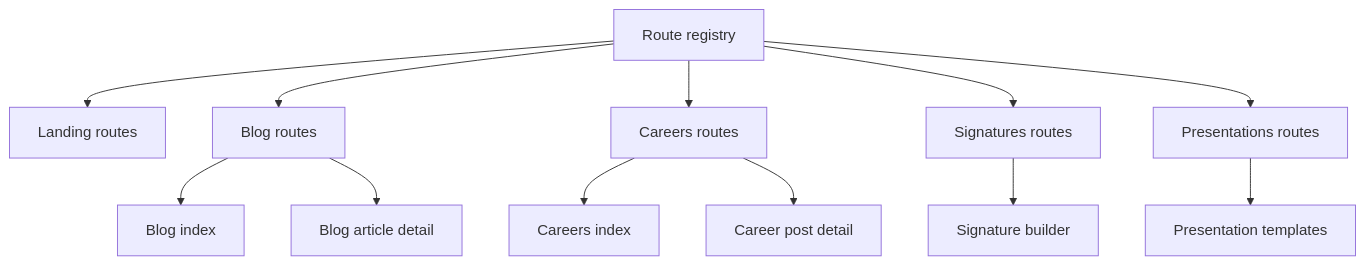
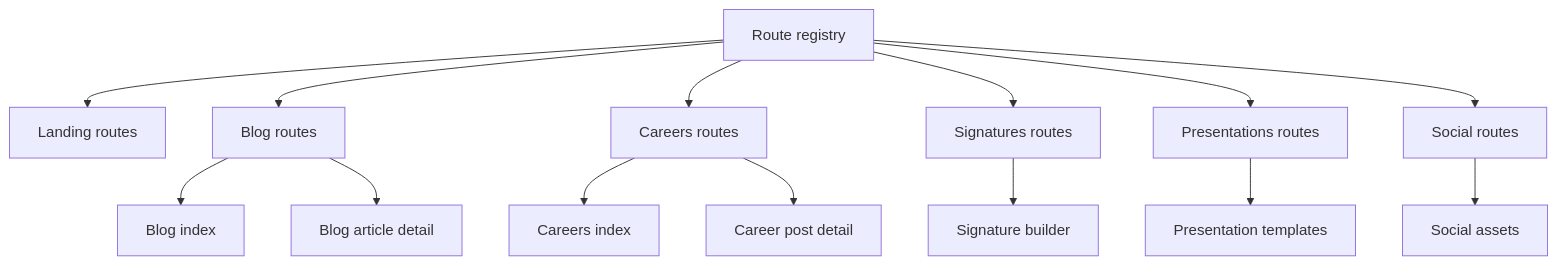
The first of 3 diagrams in README.md (urbs-data/landing), drawn with Mermaid before and after one commit. The commit also changed other lines of this file and 2 other files, not shown here.

````diff
--- a/README.md
+++ b/README.md
@@ -70,14 +77,16 @@
 ```mermaid
 graph TD
 A[Route registry] --> B[Landing routes]
 A --> C[Blog routes]
 A --> D[Careers routes]
 A --> E[Signatures routes]
 A --> F[Presentations routes]
+A --> M[Social routes]
 C --> G[Blog index]
 C --> H[Blog article detail]
 D --> I[Careers index]
 D --> J[Career post detail]
 E --> K[Signature builder]
 F --> L[Presentation templates]
+M --> N[Social assets]
 ```
````
